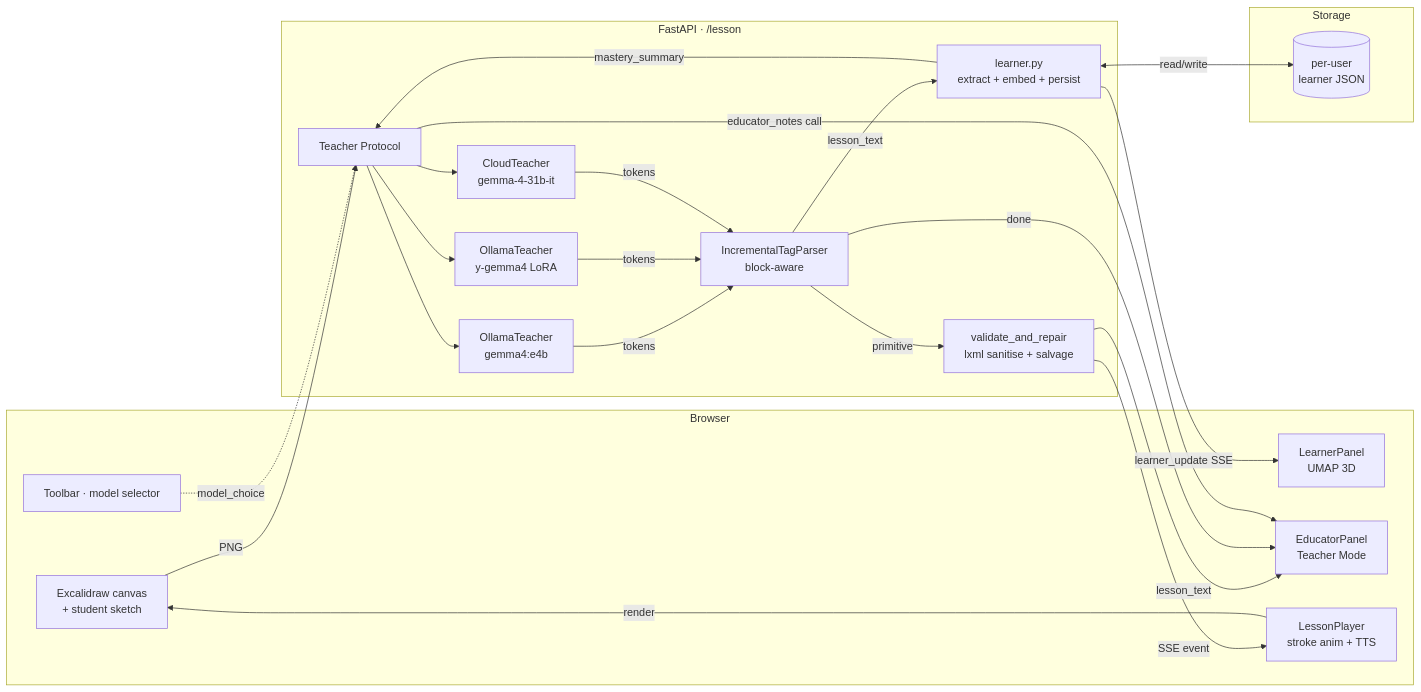
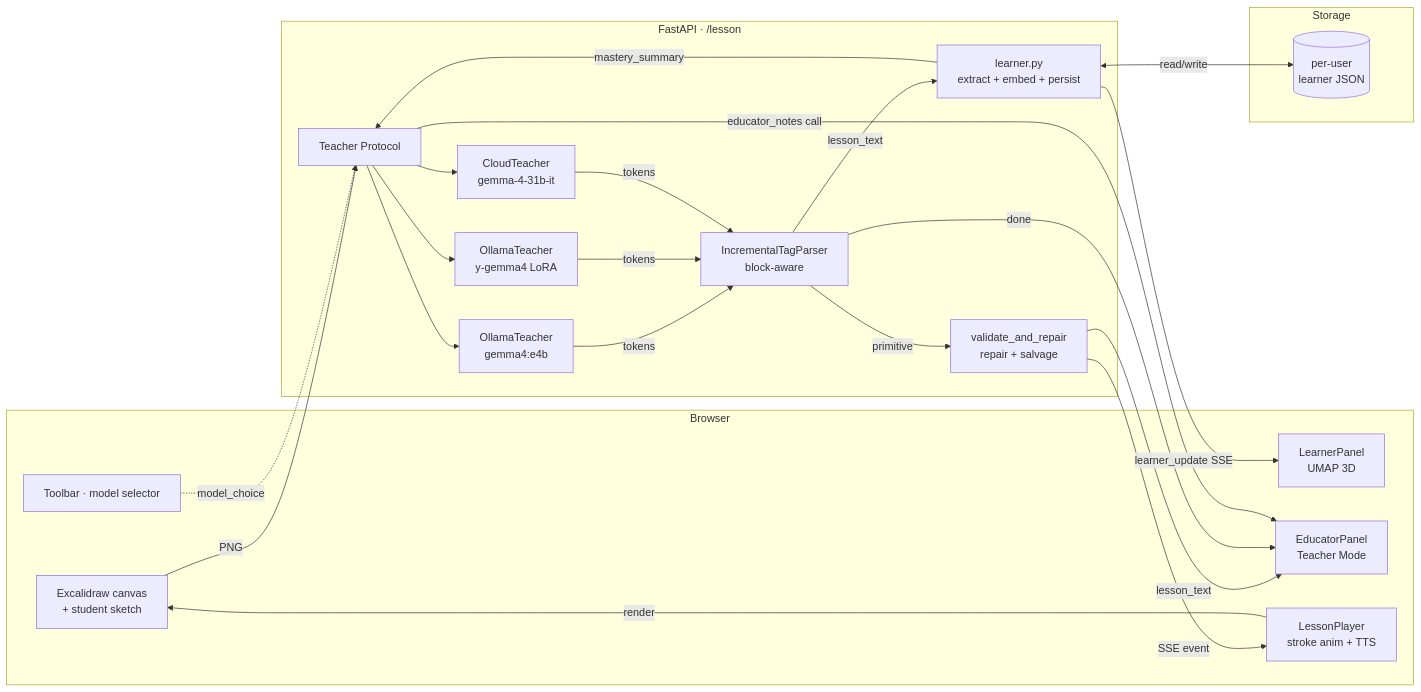
Before and after one commit to Abhijithreddydasari/Y: the first of 2 diagrams in docs/architecture.md, drawn with Mermaid. The commit also changed other lines of this file and 22 other files, not shown here.

````diff
--- a/docs/architecture.md
+++ b/docs/architecture.md
@@ -5,40 +5,40 @@
 ```mermaid
 flowchart LR
     subgraph Browser
         EX[Excalidraw canvas<br/>+ student sketch]
         TB[Toolbar · model selector]
         LP[LearnerPanel<br/>UMAP 3D]
         EP[EducatorPanel<br/>Teacher Mode]
         PLR[LessonPlayer<br/>stroke anim + TTS]
     end
 
     subgraph FastAPI[FastAPI · /lesson]
         TEA[Teacher Protocol]
         TEA --> EDG[OllamaTeacher<br/>gemma4:e4b]
         TEA --> EFT[OllamaTeacher<br/>y-gemma4 LoRA]
         TEA --> CLD[CloudTeacher<br/>gemma-4-31b-it]
         PAR[IncrementalTagParser<br/>block-aware]
-        VAL[validate_and_repair<br/>lxml sanitise + salvage]
+        VAL[validate_and_repair<br/>repair + salvage]
         LRN[learner.py<br/>extract + embed + persist]
     end
 
     subgraph Storage
         JSON[(per-user<br/>learner JSON)]
     end
 
     EX -->|PNG| TEA
     TB -.model_choice.-> TEA
     EDG -->|tokens| PAR
     EFT -->|tokens| PAR
     CLD -->|tokens| PAR
     PAR -->|primitive| VAL
     VAL -->|SSE event| PLR
     PLR -->|render| EX
     PAR -->|lesson_text| LRN
     LRN <-->|read/write| JSON
     LRN -->|mastery_summary| TEA
     LRN -->|learner_update SSE| LP
     VAL -->|lesson_text| EP
     PAR -->|done| EP
     TEA -->|educator_notes call| EP
 ```
````
